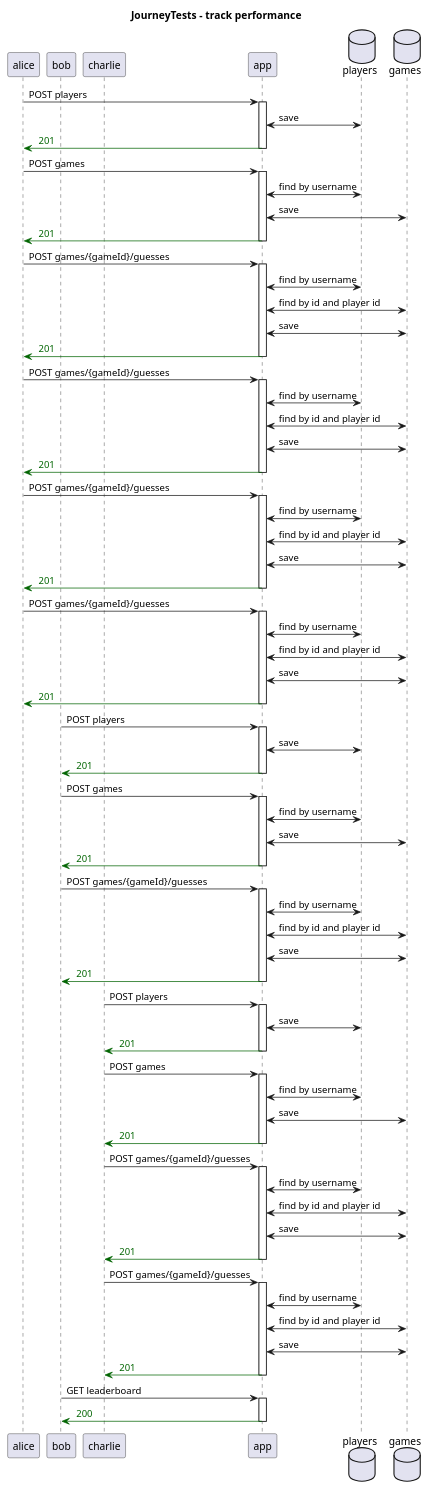
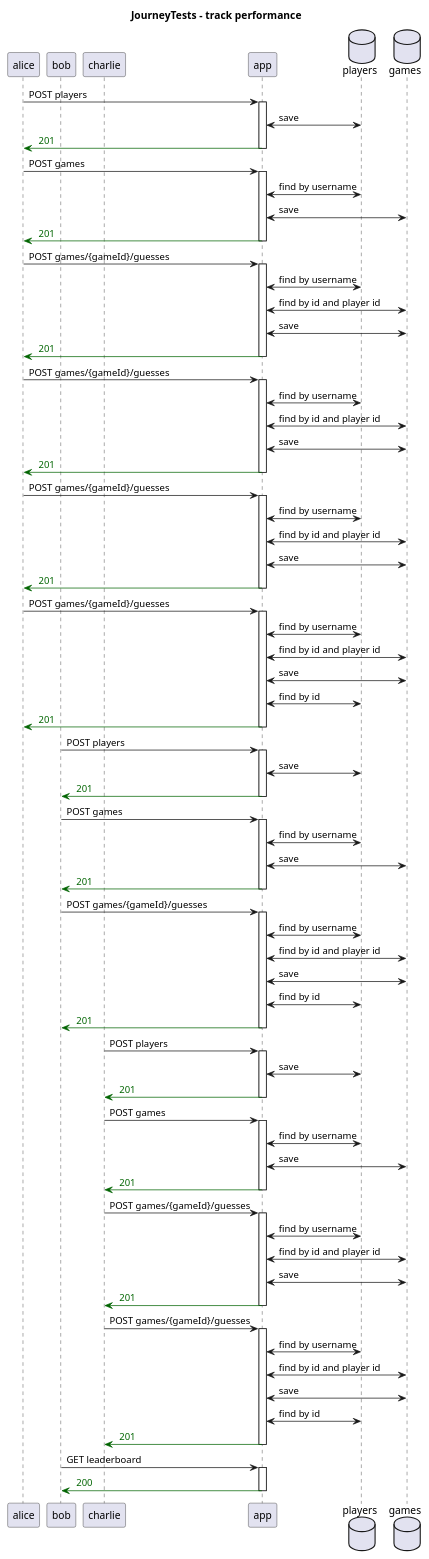
The diagram in docs/system/generated/JourneyTests - track performance - Sequence.puml (th3n3rd/http4k-playground), drawn with PlantUML before and after one commit. The commit also changed 3 other files, not shown here.

```diff
--- a/docs/system/generated/JourneyTests - track performance - Sequence.puml
+++ b/docs/system/generated/JourneyTests - track performance - Sequence.puml
@@ -1,96 +1,99 @@
 @startuml
 title JourneyTests - track performance
 participant "alice"
 participant "bob"
 participant "charlie"
 participant "app"
 database "players"
 database "games"
 "alice" -> "app": POST players
 activate "app"
 "app" <-> "players": save
 "app" -[#DarkGreen]> "alice": <color:DarkGreen> 201 
 deactivate "app"
 "alice" -> "app": POST games
 activate "app"
 "app" <-> "players": find by username
 "app" <-> "games": save
 "app" -[#DarkGreen]> "alice": <color:DarkGreen> 201 
 deactivate "app"
 "alice" -> "app": POST games/{gameId}/guesses
 activate "app"
 "app" <-> "players": find by username
 "app" <-> "games": find by id and player id
 "app" <-> "games": save
 "app" -[#DarkGreen]> "alice": <color:DarkGreen> 201 
 deactivate "app"
 "alice" -> "app": POST games/{gameId}/guesses
 activate "app"
 "app" <-> "players": find by username
 "app" <-> "games": find by id and player id
 "app" <-> "games": save
 "app" -[#DarkGreen]> "alice": <color:DarkGreen> 201 
 deactivate "app"
 "alice" -> "app": POST games/{gameId}/guesses
 activate "app"
 "app" <-> "players": find by username
 "app" <-> "games": find by id and player id
 "app" <-> "games": save
 "app" -[#DarkGreen]> "alice": <color:DarkGreen> 201 
 deactivate "app"
 "alice" -> "app": POST games/{gameId}/guesses
 activate "app"
 "app" <-> "players": find by username
 "app" <-> "games": find by id and player id
 "app" <-> "games": save
+"app" <-> "players": find by id
 "app" -[#DarkGreen]> "alice": <color:DarkGreen> 201 
 deactivate "app"
 "bob" -> "app": POST players
 activate "app"
 "app" <-> "players": save
 "app" -[#DarkGreen]> "bob": <color:DarkGreen> 201 
 deactivate "app"
 "bob" -> "app": POST games
 activate "app"
 "app" <-> "players": find by username
 "app" <-> "games": save
 "app" -[#DarkGreen]> "bob": <color:DarkGreen> 201 
 deactivate "app"
 "bob" -> "app": POST games/{gameId}/guesses
 activate "app"
 "app" <-> "players": find by username
 "app" <-> "games": find by id and player id
 "app" <-> "games": save
+"app" <-> "players": find by id
 "app" -[#DarkGreen]> "bob": <color:DarkGreen> 201 
 deactivate "app"
 "charlie" -> "app": POST players
 activate "app"
 "app" <-> "players": save
 "app" -[#DarkGreen]> "charlie": <color:DarkGreen> 201 
 deactivate "app"
 "charlie" -> "app": POST games
 activate "app"
 "app" <-> "players": find by username
 "app" <-> "games": save
 "app" -[#DarkGreen]> "charlie": <color:DarkGreen> 201 
 deactivate "app"
 "charlie" -> "app": POST games/{gameId}/guesses
 activate "app"
 "app" <-> "players": find by username
 "app" <-> "games": find by id and player id
 "app" <-> "games": save
 "app" -[#DarkGreen]> "charlie": <color:DarkGreen> 201 
 deactivate "app"
 "charlie" -> "app": POST games/{gameId}/guesses
 activate "app"
 "app" <-> "players": find by username
 "app" <-> "games": find by id and player id
 "app" <-> "games": save
+"app" <-> "players": find by id
 "app" -[#DarkGreen]> "charlie": <color:DarkGreen> 201 
 deactivate "app"
 "bob" -> "app": GET leaderboard
 activate "app"
 
 "app" -[#DarkGreen]> "bob": <color:DarkGreen> 200 
 deactivate "app"
 @enduml
```
